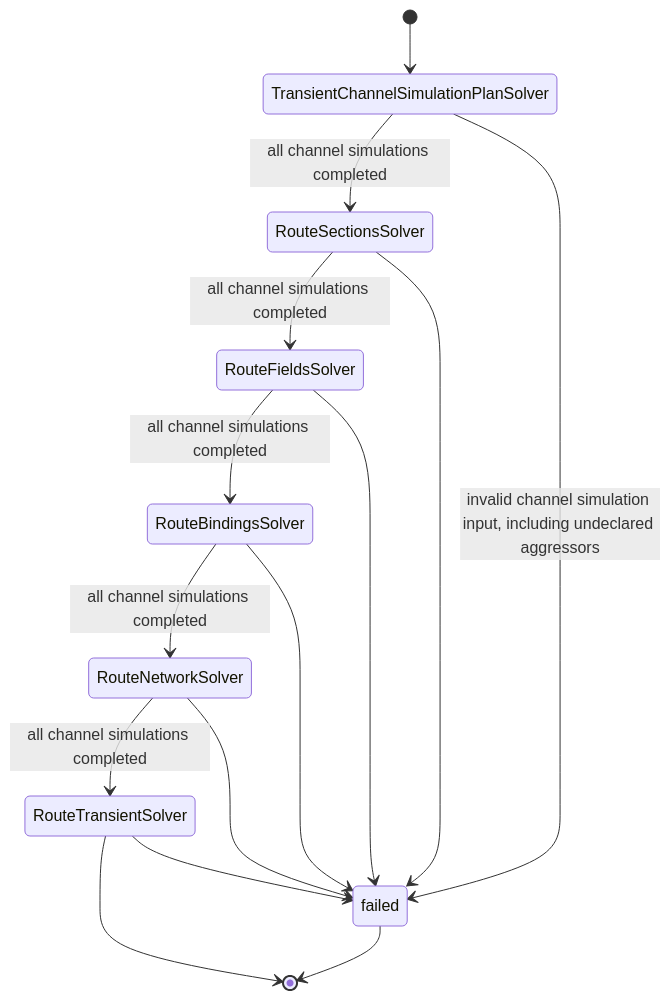
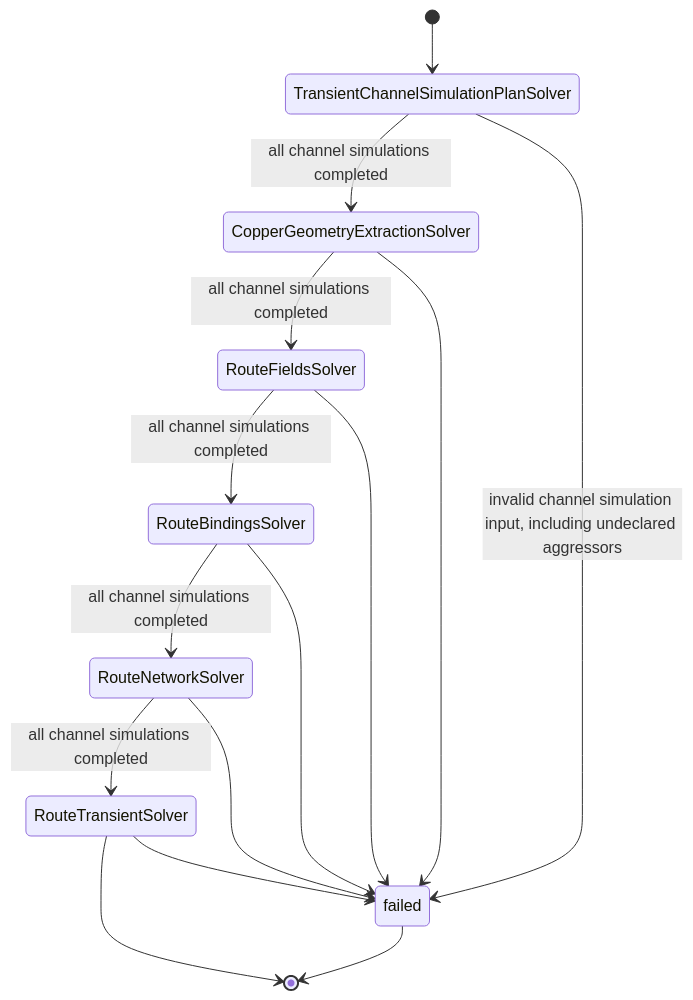
Before and after one commit to draarivpatel-ui/signal-integrity-pipeline: the third of 3 diagrams in README.md, drawn with Mermaid. The commit also changed other lines of this file and 5 other files, not shown here.

Commit message:
refactor: use copper geometry extraction in #108

````diff
--- a/README.md
+++ b/README.md
@@ -114,17 +114,17 @@
 ```mermaid
 stateDiagram-v2
   [*] --> TransientChannelSimulationPlanSolver
-  TransientChannelSimulationPlanSolver --> RouteSectionsSolver: all channel simulations completed
-  RouteSectionsSolver --> RouteFieldsSolver: all channel simulations completed
+  TransientChannelSimulationPlanSolver --> CopperGeometryExtractionSolver: all channel simulations completed
+  CopperGeometryExtractionSolver --> RouteFieldsSolver: all channel simulations completed
   RouteFieldsSolver --> RouteBindingsSolver: all channel simulations completed
   RouteBindingsSolver --> RouteNetworkSolver: all channel simulations completed
   RouteNetworkSolver --> RouteTransientSolver: all channel simulations completed
   RouteTransientSolver --> [*]
   TransientChannelSimulationPlanSolver --> failed: invalid channel simulation input, including undeclared aggressors
-  RouteSectionsSolver --> failed
+  CopperGeometryExtractionSolver --> failed
   RouteFieldsSolver --> failed
   RouteBindingsSolver --> failed
   RouteNetworkSolver --> failed
   RouteTransientSolver --> failed
   failed --> [*]
 ```
````
